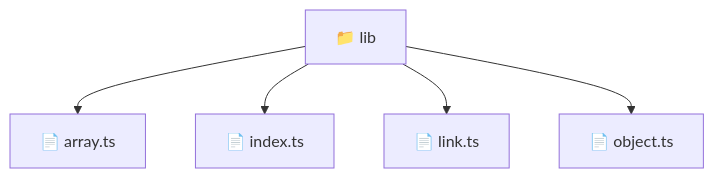
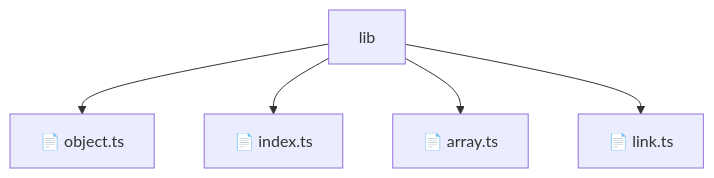
The diagram in frontend/src/shared/lib/README.md (beginwebdev2002/fullstack-mavluda), drawn with Mermaid before and after one commit. The commit also changed other lines of this file and 155 other files, not shown here.

````diff
--- a/frontend/src/shared/lib/README.md
+++ b/frontend/src/shared/lib/README.md
@@ -10,8 +14,8 @@
 ```mermaid
 graph TD
-  Root["📁 lib"]
-  Root --> arrayts["📄 array.ts"]
-  Root --> indexts["📄 index.ts"]
-  Root --> linkts["📄 link.ts"]
-  Root --> objectts["📄 object.ts"]
+    Root[lib]
+    Root --> F0[📄 object.ts]
+    Root --> F1[📄 index.ts]
+    Root --> F2[📄 array.ts]
+    Root --> F3[📄 link.ts]
 ```
````
